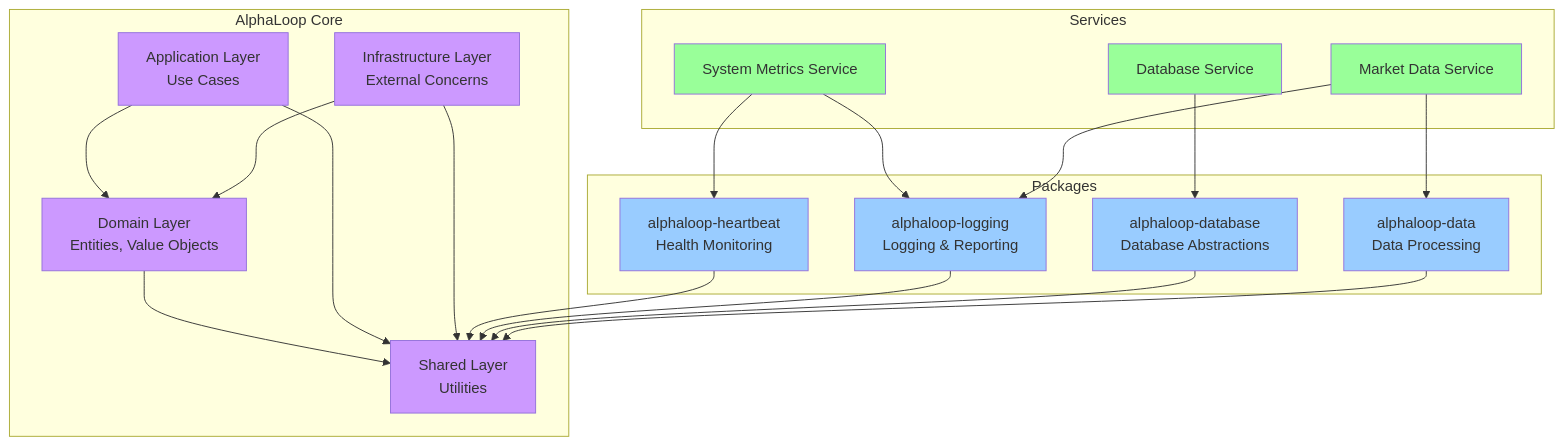
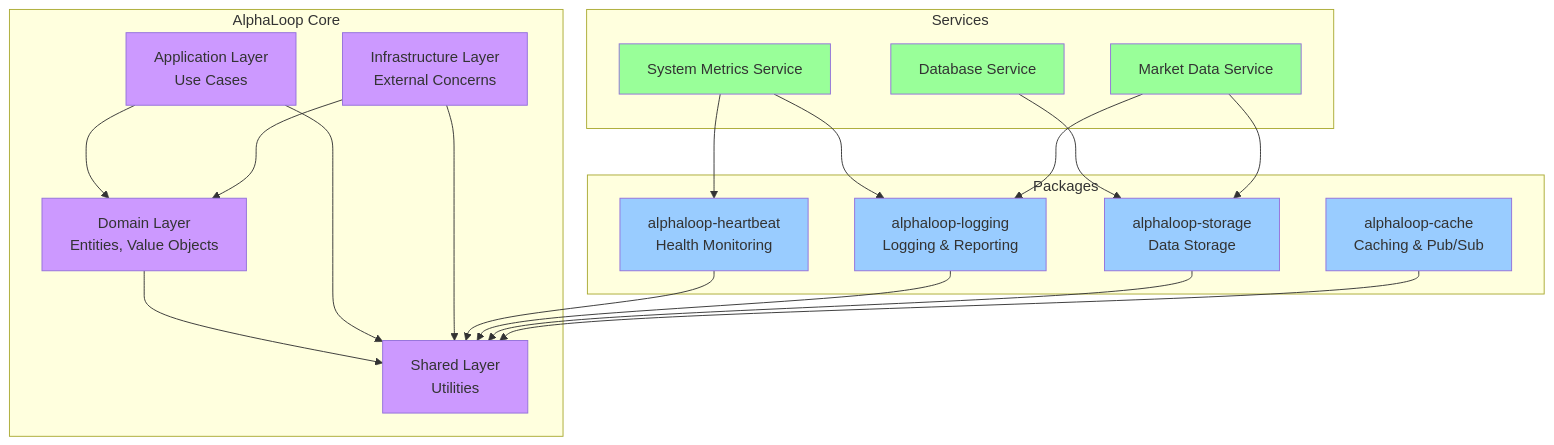
Before and after one commit to alphaloopbot/alphaloop-core: the fourth of 6 diagrams in docs/architecture/diagrams/system-overview.md, drawn with Mermaid. The commit also changed 2 other files, not shown here.

Commit message:
refactor: remove alphaloop-data and alphaloop-database packages
- Remove empty placeholder packages alphaloop-data and alphaloop-database
- Update README.md to reflect current package structure
- Update architecture documentation to remove references to removed packages
- Update system overview diagrams to show current packages (storage, cache)
- Keep services/alphaloop-database as it's the Docker PostgreSQL service
- Focus on the 5 core packages: heartbeat, logging, security, storage, cache

````diff
--- a/docs/architecture/diagrams/system-overview.md
+++ b/docs/architecture/diagrams/system-overview.md
@@ -190,49 +190,49 @@
 ```mermaid
 graph TB
     subgraph "AlphaLoop Core"
         DOMAIN[Domain Layer<br/>Entities, Value Objects]
         APP[Application Layer<br/>Use Cases]
         INFRA[Infrastructure Layer<br/>External Concerns]
         SHARED[Shared Layer<br/>Utilities]
     end
 
     subgraph "Packages"
         AH[alphaloop-heartbeat<br/>Health Monitoring]
         AL[alphaloop-logging<br/>Logging & Reporting]
-        AD[alphaloop-database<br/>Database Abstractions]
-        ADATA[alphaloop-data<br/>Data Processing]
+        AS[alphaloop-storage<br/>Data Storage]
+        AC[alphaloop-cache<br/>Caching & Pub/Sub]
     end
 
     subgraph "Services"
         DB_SVC[Database Service]
         METRICS_SVC[System Metrics Service]
         MARKET_SVC[Market Data Service]
     end
 
     %% Dependencies
     DOMAIN --> SHARED
     APP --> DOMAIN
     APP --> SHARED
     INFRA --> DOMAIN
     INFRA --> SHARED
 
     AH --> SHARED
     AL --> SHARED
-    AD --> SHARED
-    ADATA --> SHARED
+    AS --> SHARED
+    AC --> SHARED
 
-    DB_SVC --> AD
+    DB_SVC --> AS
     METRICS_SVC --> AH
     METRICS_SVC --> AL
-    MARKET_SVC --> ADATA
+    MARKET_SVC --> AS
     MARKET_SVC --> AL
 
     %% Styling
     classDef core fill:#cc99ff
     classDef package fill:#99ccff
     classDef service fill:#99ff99
 
     class DOMAIN,APP,INFRA,SHARED core
-    class AH,AL,AD,ADATA package
+    class AH,AL,AS,AC package
     class DB_SVC,METRICS_SVC,MARKET_SVC service
 ```
````
